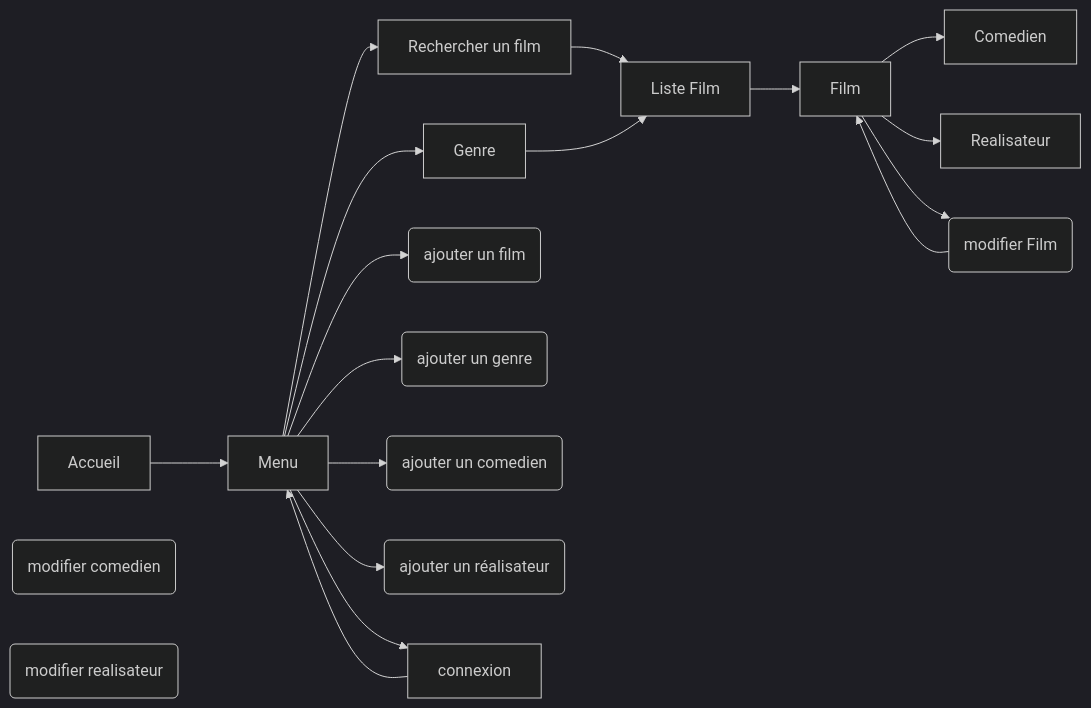
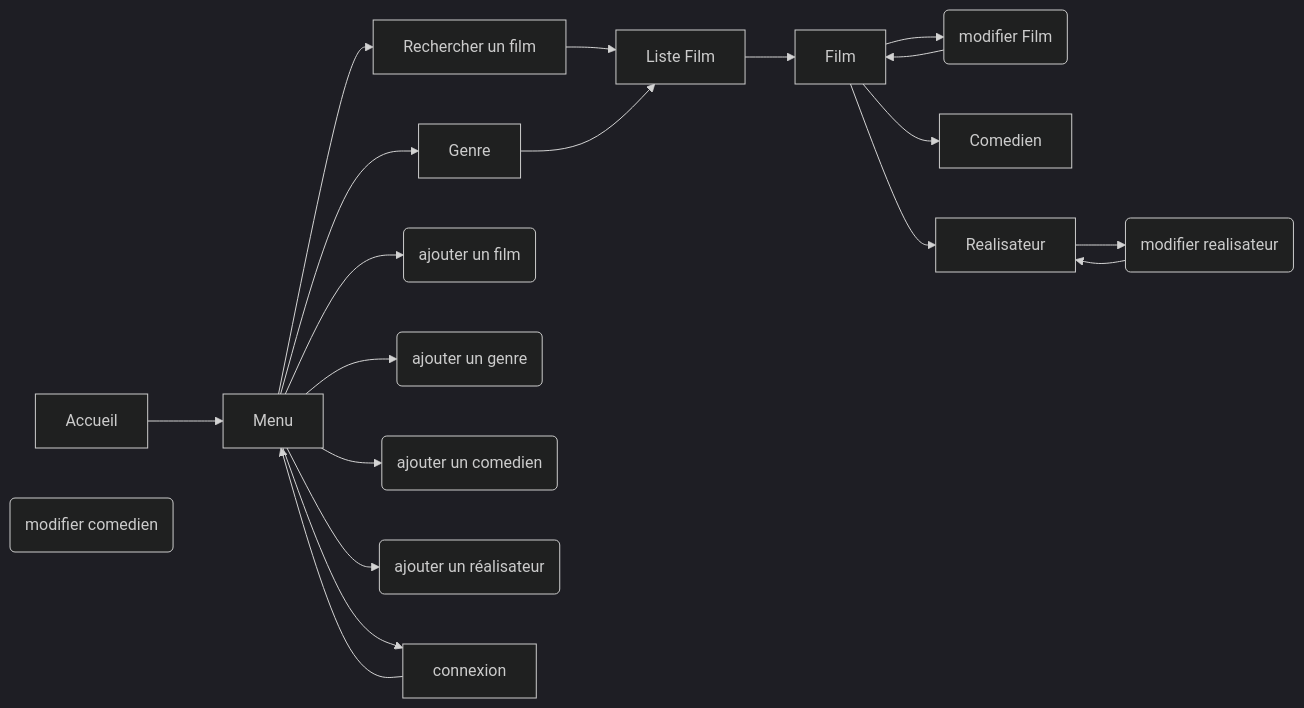
The first of 3 diagrams in README.md (Remynder0/cours_BUT_24-25), drawn with Mermaid (dark theme) before and after one commit. The commit also changed other lines of this file, not shown here.

````diff
--- a/README.md
+++ b/README.md
@@ -120,35 +120,35 @@
 ```mermaid
 graph LR
 
 A[Accueil]
 E[Menu]
 C[Rechercher un film]
 D[Liste Film] 
 B[Film]
 N(modifier Film)
 M[Genre]
 J[Comedien]
 O(modifier comedien)
 L[Realisateur]
 P(modifier realisateur)
 F(ajouter un film)
 G(ajouter un genre) 
 H(ajouter un comedien) 
 I(ajouter un réalisateur)
 K[connexion]
 
 
 A --> E --> C --> D --> B --> J
-B --> L
+B --> L --> P --> L
 B --> N --> B
 E --> F
 E --> G
 E --> H
 E --> I
 E --> K --> E
 E --> M --> D
 
 
 
 
 ```
````
